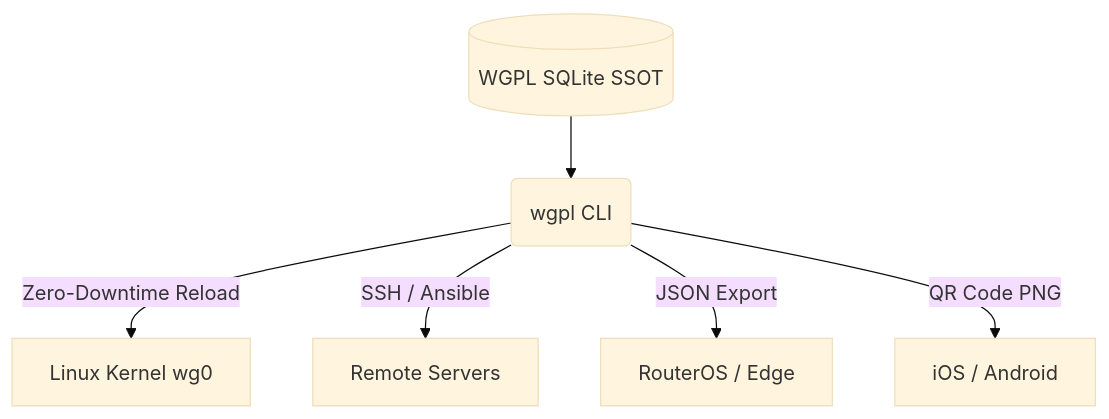
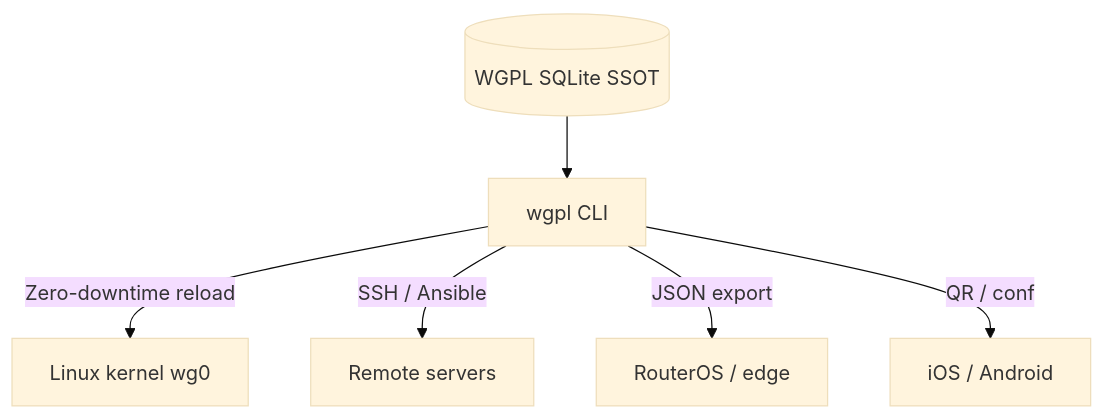
The third of 3 diagrams in README.md (aleaz/wgpl), drawn with Mermaid (base theme) before and after one commit. The commit also changed other lines of this file, not shown here.

````diff
--- a/README.md
+++ b/README.md
@@ -90,8 +233,15 @@
 ```mermaid
 graph TD
-    DB[(WGPL SQLite SSOT)] --> CLI(wgpl CLI)
-    CLI -->|Zero-Downtime Reload| Linux[Linux Kernel wg0]
-    CLI -->|SSH / Ansible| Remote[Remote Servers]
-    CLI -->|JSON Export| Router[RouterOS / Edge]
-    CLI -->|QR Code PNG| Mobile[iOS / Android]
+  DB[(WGPL SQLite SSOT)]
+  CLI[wgpl CLI]
+  Linux[Linux kernel wg0]
+  Remote[Remote servers]
+  Router[RouterOS / edge]
+  Mobile[iOS / Android]
+
+  DB --> CLI
+  CLI -->|Zero-downtime reload| Linux
+  CLI -->|SSH / Ansible| Remote
+  CLI -->|JSON export| Router
+  CLI -->|QR / conf| Mobile
 ```
````
